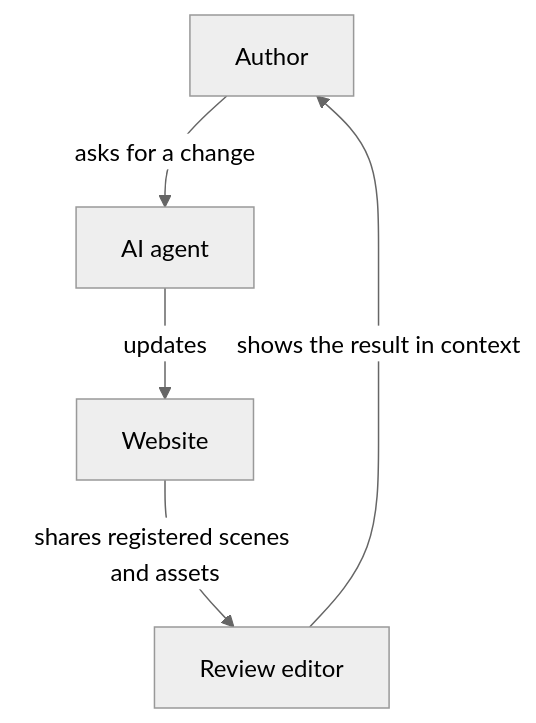
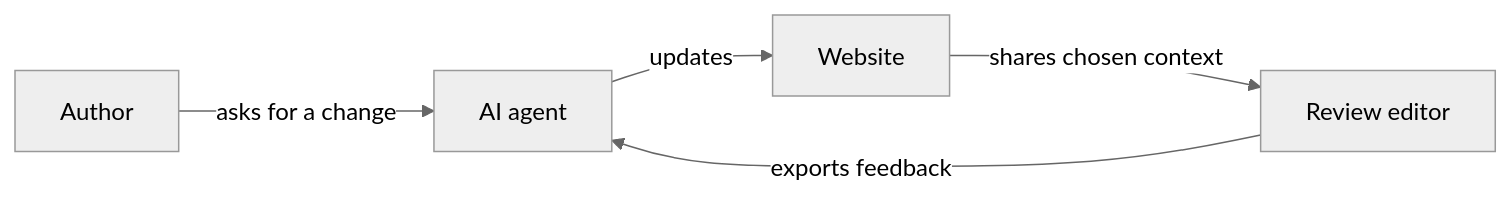
One commit to rbifulco/alterno-spatial-review changed the diagram in README.md. Above: the diagram before and after it, drawn with Mermaid (neutral theme). The commit also changed other lines of this file and 1 other file, not shown here.

````diff
--- a/README.md
+++ b/README.md
@@ -160,7 +47,7 @@
 ```mermaid
-flowchart TD
+flowchart LR
     author["Author"] -->|"asks for a change"| agent["AI agent"]
     agent -->|"updates"| site["Website"]
-    site -->|"shares registered scenes and assets"| review["Review editor"]
-    review -->|"shows the result in context"| author
+    site -->|"shares chosen context"| editor["Review editor"]
+    editor -->|"exports feedback"| agent
 ```
````
